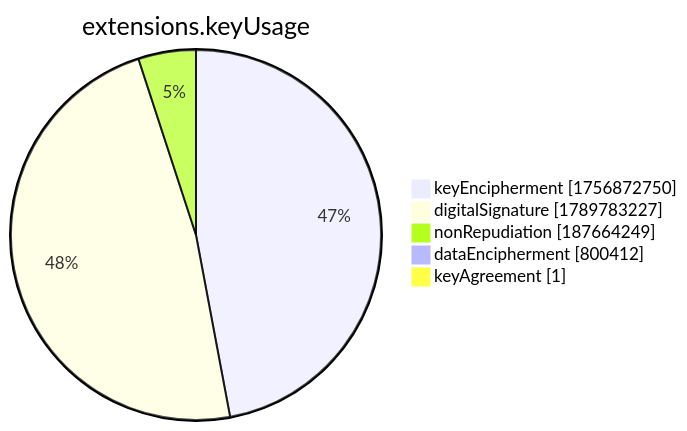
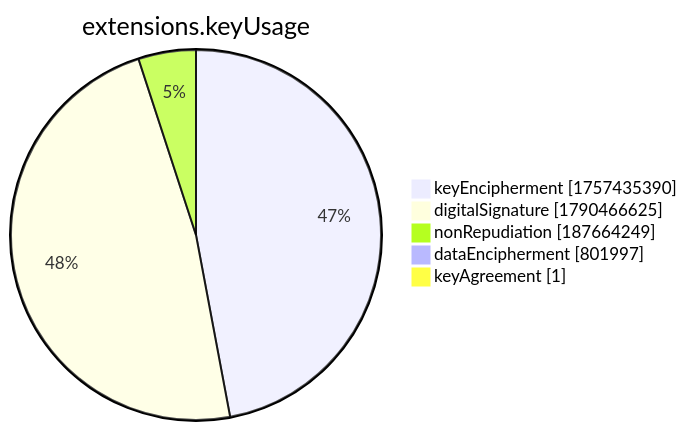
The seventh of 15 diagrams in xenon2022/README.md (christiankrug/ctmonitor_visualization), drawn with Mermaid before and after one commit. The commit also changed other lines of this file, not shown here.

````diff
--- a/xenon2022/README.md
+++ b/xenon2022/README.md
@@ -2859,9 +2859,9 @@
 ```mermaid
 pie showData
 title extensions.keyUsage
-"keyEncipherment" :1756872750
-"digitalSignature" :1789783227
+"keyEncipherment" :1757435390
+"digitalSignature" :1790466625
 "nonRepudiation" :187664249
-"dataEncipherment" :800412
+"dataEncipherment" :801997
 "keyAgreement" :1
 ```
````
